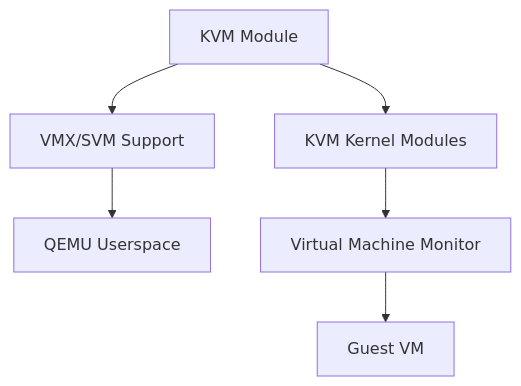
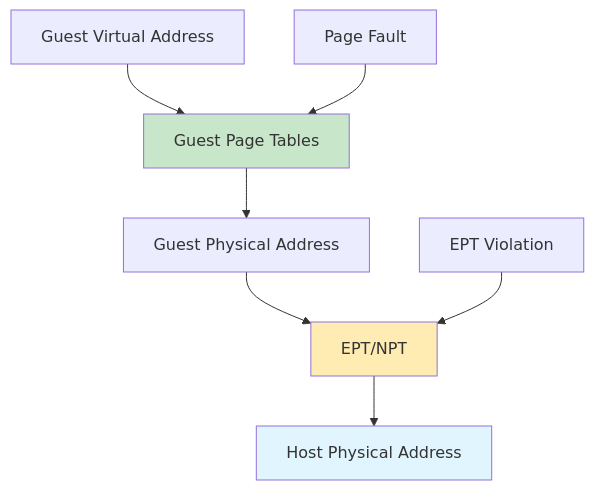
The fifth of 7 diagrams in docs/virtualization/kvm.md (CrakA2/Linux_HA), drawn with Mermaid before and after one commit. The commit also changed other lines of this file and 11 other files, not shown here.

````diff
--- a/docs/virtualization/kvm.md
+++ b/docs/virtualization/kvm.md
@@ -7,8 +217,14 @@
 ```mermaid
 graph TB
-    A[KVM Module] --> B[VMX/SVM Support]
-    A --> C[KVM Kernel Modules]
-    B --> D[QEMU Userspace]
-    C --> E[Virtual Machine Monitor]
-    E --> F[Guest VM]
+    A[Guest Virtual Address] --> B[Guest Page Tables]
+    B --> C[Guest Physical Address]
+    C --> D[EPT/NPT]
+    D --> E[Host Physical Address]
+    
+    F[Page Fault] --> B
+    G[EPT Violation] --> D
+    
+    style B fill:#c8e6c9
+    style D fill:#ffecb3
+    style E fill:#e1f5ff
 ```
````
